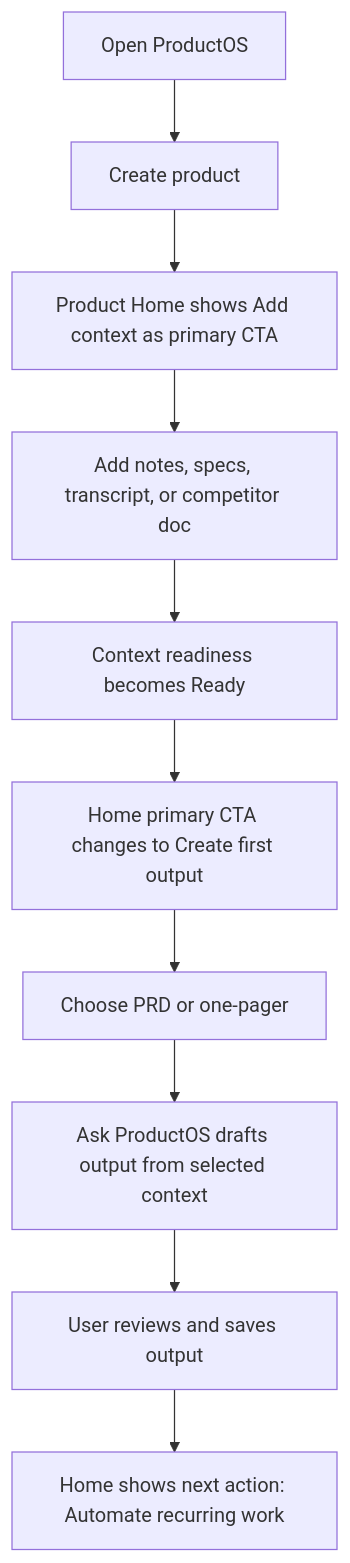
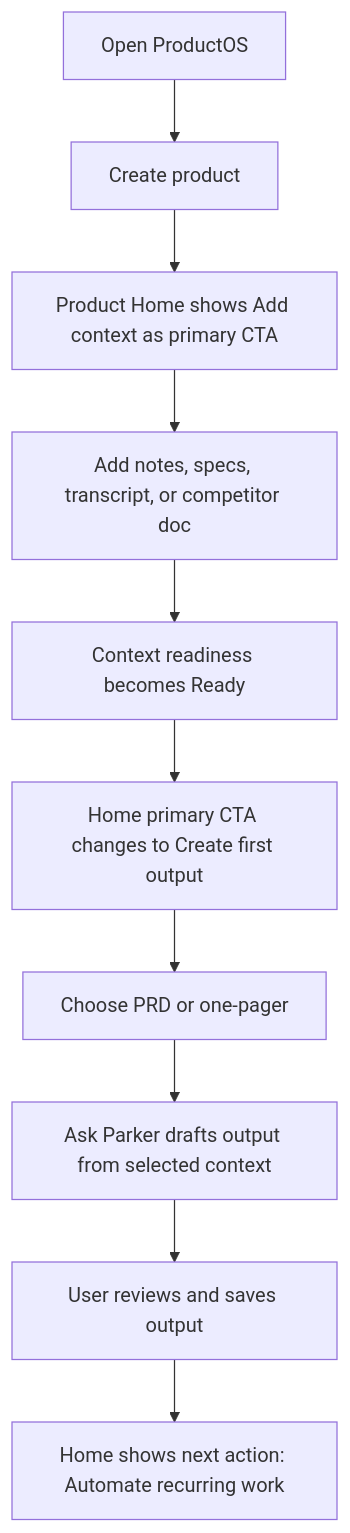
Before and after one commit to AIResearchFactory/productOS: the first of 5 diagrams in docs/features/ux/productos-simplified-user-journeys.md, drawn with Mermaid. The commit also changed other lines of this file and 7 other files, not shown here.

Commit message:
refactor: rebrand ProductOS AI assistant to Parker and update design documentation accordingly

````diff
--- a/docs/features/ux/productos-simplified-user-journeys.md
+++ b/docs/features/ux/productos-simplified-user-journeys.md
@@ -17,12 +17,12 @@
 ```mermaid
 flowchart TD
   A[Open ProductOS] --> B[Create product]
   B --> C[Product Home shows Add context as primary CTA]
   C --> D[Add notes, specs, transcript, or competitor doc]
   D --> E[Context readiness becomes Ready]
   E --> F[Home primary CTA changes to Create first output]
   F --> G[Choose PRD or one-pager]
-  G --> H[Ask ProductOS drafts output from selected context]
+  G --> H[Ask Parker drafts output from selected context]
   H --> I[User reviews and saves output]
   I --> J[Home shows next action: Automate recurring work]
 ```
````
